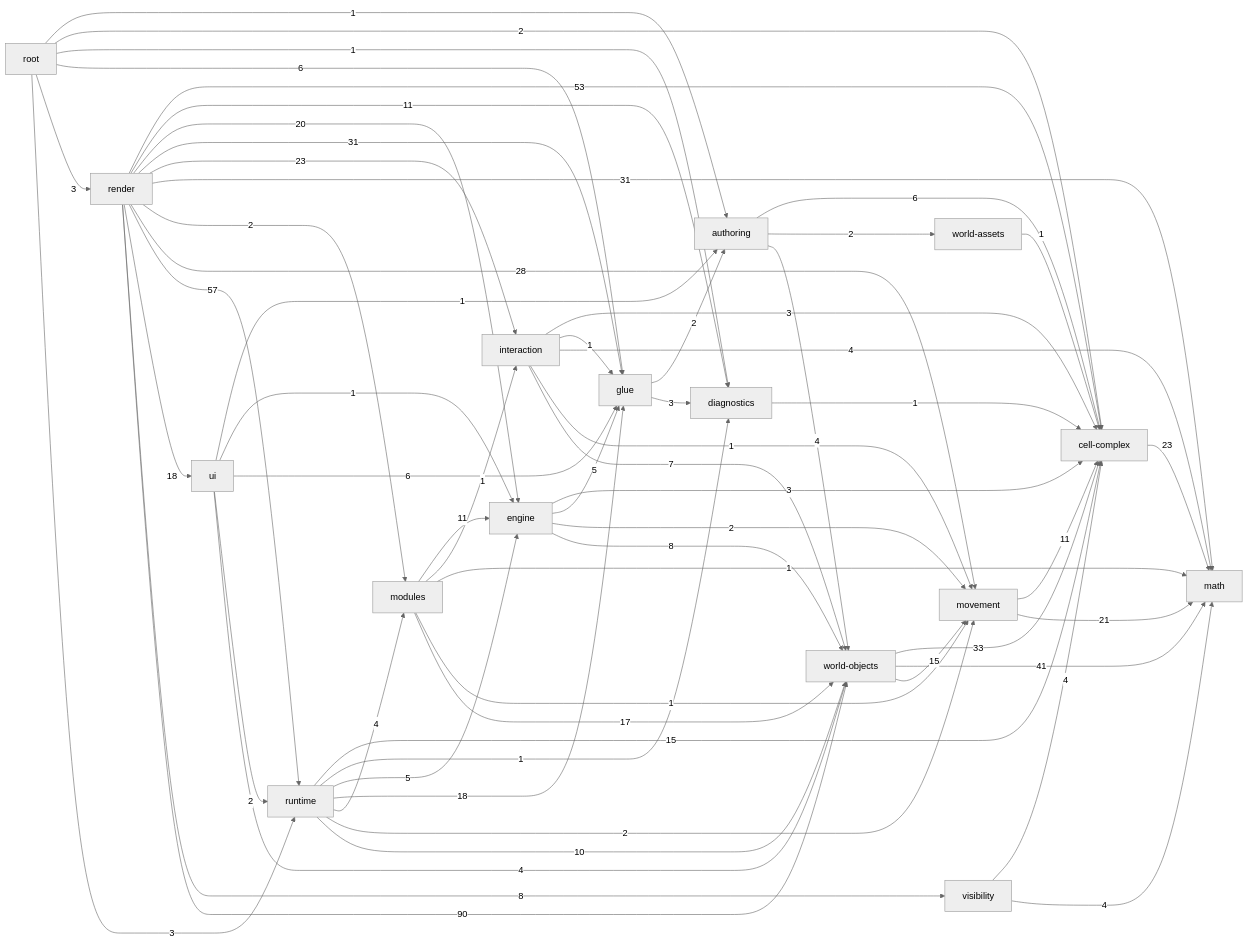
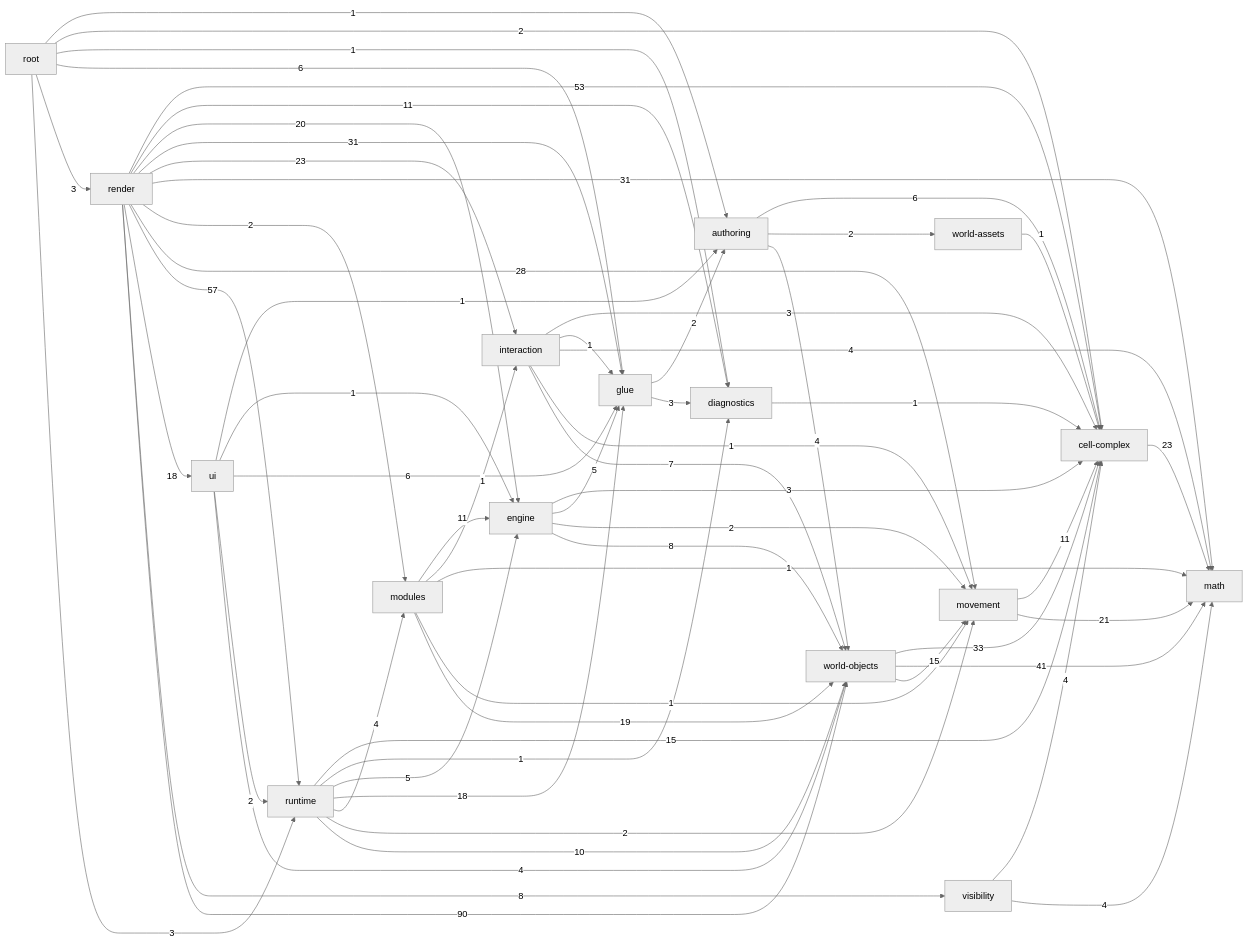
One commit to guraltsev/noneuclid-fpv changed the diagram in _docs/generated/ARCHITECTURE_REFERENCE.md. Above: the diagram before and after it, drawn with Mermaid (neutral theme). The commit also changed other lines of this file and 2 other files, not shown here.

````diff
--- a/_docs/generated/ARCHITECTURE_REFERENCE.md
+++ b/_docs/generated/ARCHITECTURE_REFERENCE.md
@@ -37,78 +37,78 @@
 ```mermaid
 flowchart LR
   math["math"]
   cell_complex["cell-complex"]
   diagnostics["diagnostics"]
   visibility["visibility"]
   movement["movement"]
   world_assets["world-assets"]
   world_objects["world-objects"]
   authoring["authoring"]
   glue["glue"]
   interaction["interaction"]
   engine["engine"]
   modules["modules"]
   runtime["runtime"]
   ui["ui"]
   render["render"]
   root["root"]
   authoring -->|6| cell_complex
   authoring -->|2| world_assets
   authoring -->|4| world_objects
   cell_complex -->|23| math
   diagnostics -->|1| cell_complex
   engine -->|3| cell_complex
   engine -->|5| glue
   engine -->|2| movement
   engine -->|8| world_objects
   glue -->|2| authoring
   glue -->|3| diagnostics
   interaction -->|3| cell_complex
   interaction -->|1| glue
   interaction -->|4| math
   interaction -->|1| movement
   interaction -->|7| world_objects
   modules -->|11| engine
   modules -->|1| interaction
   modules -->|1| math
   modules -->|1| movement
-  modules -->|17| world_objects
+  modules -->|19| world_objects
   movement -->|11| cell_complex
   movement -->|21| math
   render -->|53| cell_complex
   render -->|11| diagnostics
   render -->|20| engine
   render -->|31| glue
   render -->|23| interaction
   render -->|31| math
   render -->|2| modules
   render -->|28| movement
   render -->|57| runtime
   render -->|18| ui
   render -->|8| visibility
   render -->|90| world_objects
   root -->|1| authoring
   root -->|2| cell_complex
   root -->|1| diagnostics
   root -->|6| glue
   root -->|3| render
   root -->|3| runtime
   runtime -->|15| cell_complex
   runtime -->|1| diagnostics
   runtime -->|5| engine
   runtime -->|18| glue
   runtime -->|4| modules
   runtime -->|2| movement
   runtime -->|10| world_objects
   ui -->|1| authoring
   ui -->|1| engine
   ui -->|6| glue
   ui -->|2| runtime
   ui -->|4| world_objects
   visibility -->|4| cell_complex
   visibility -->|4| math
   world_assets -->|1| cell_complex
   world_objects -->|33| cell_complex
   world_objects -->|41| math
   world_objects -->|15| movement
 ```
````
